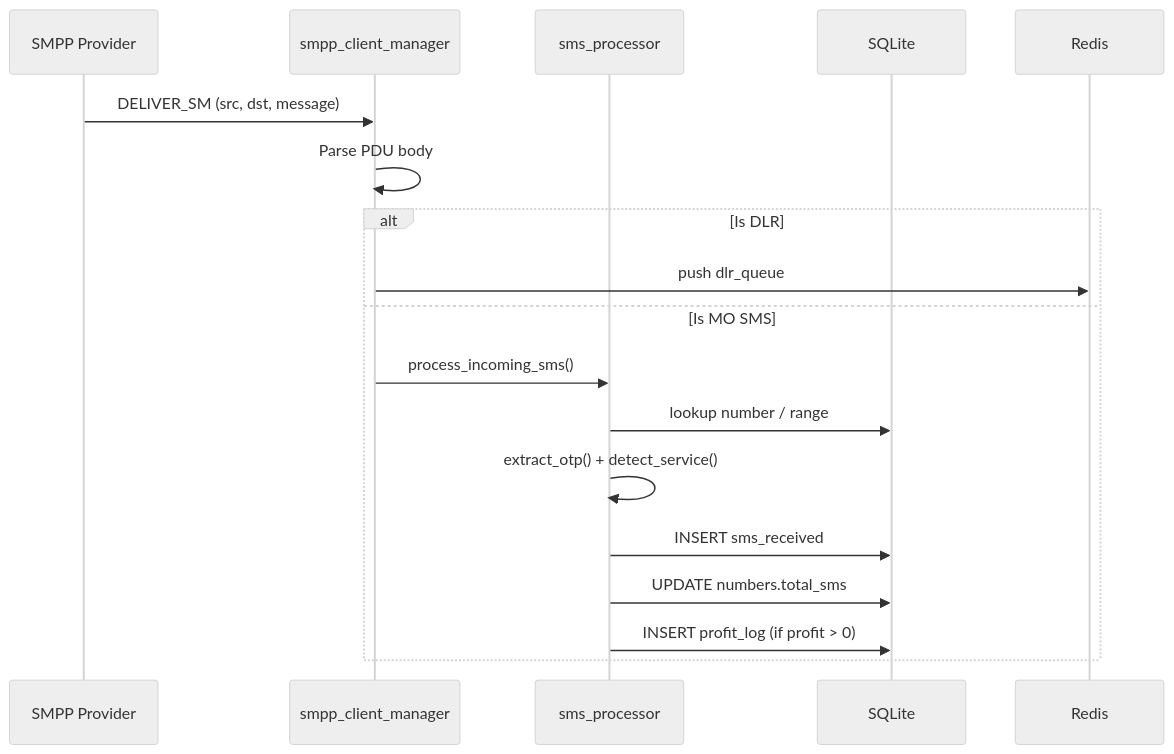
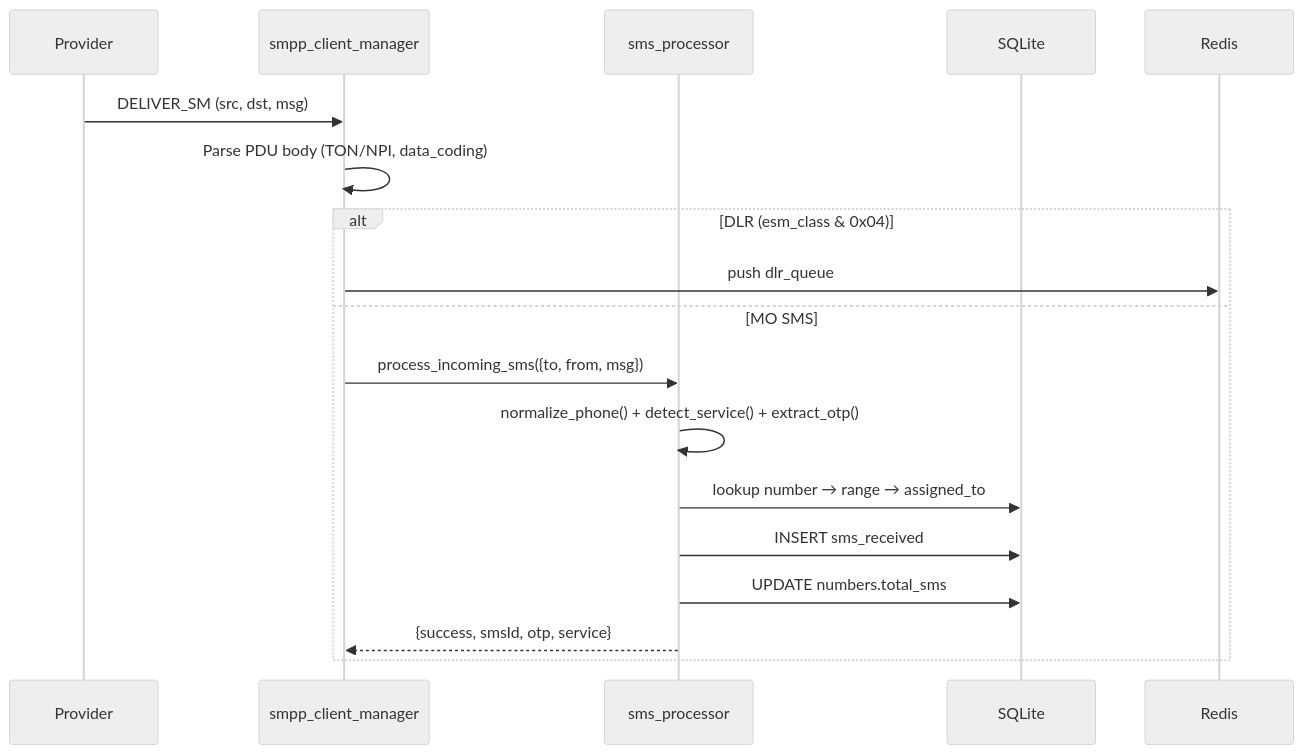
Before and after one commit to Adnan5740/sigmapanel-ci: the second of 4 diagrams in README.md, drawn with Mermaid (neutral theme). The commit also changed other lines of this file and 4 other files, not shown here.

````diff
--- a/README.md
+++ b/README.md
@@ -30,20 +47,20 @@
 ```mermaid
 sequenceDiagram
-    participant P as SMPP Provider
+    participant P as Provider
     participant CM as smpp_client_manager
     participant SP as sms_processor
     participant DB as SQLite
 
-    P->>CM: DELIVER_SM (src, dst, message)
-    CM->>CM: Parse PDU body
-    alt Is DLR
+    P->>CM: DELIVER_SM (src, dst, msg)
+    CM->>CM: Parse PDU body (TON/NPI, data_coding)
+    alt DLR (esm_class & 0x04)
         CM->>Redis: push dlr_queue
-    else Is MO SMS
-        CM->>SP: process_incoming_sms()
-        SP->>DB: lookup number / range
-        SP->>SP: extract_otp() + detect_service()
+    else MO SMS
+        CM->>SP: process_incoming_sms({to, from, msg})
+        SP->>SP: normalize_phone() + detect_service() + extract_otp()
+        SP->>DB: lookup number → range → assigned_to
         SP->>DB: INSERT sms_received
         SP->>DB: UPDATE numbers.total_sms
-        SP->>DB: INSERT profit_log (if profit > 0)
+        SP-->>CM: {success, smsId, otp, service}
     end
 ```
````
